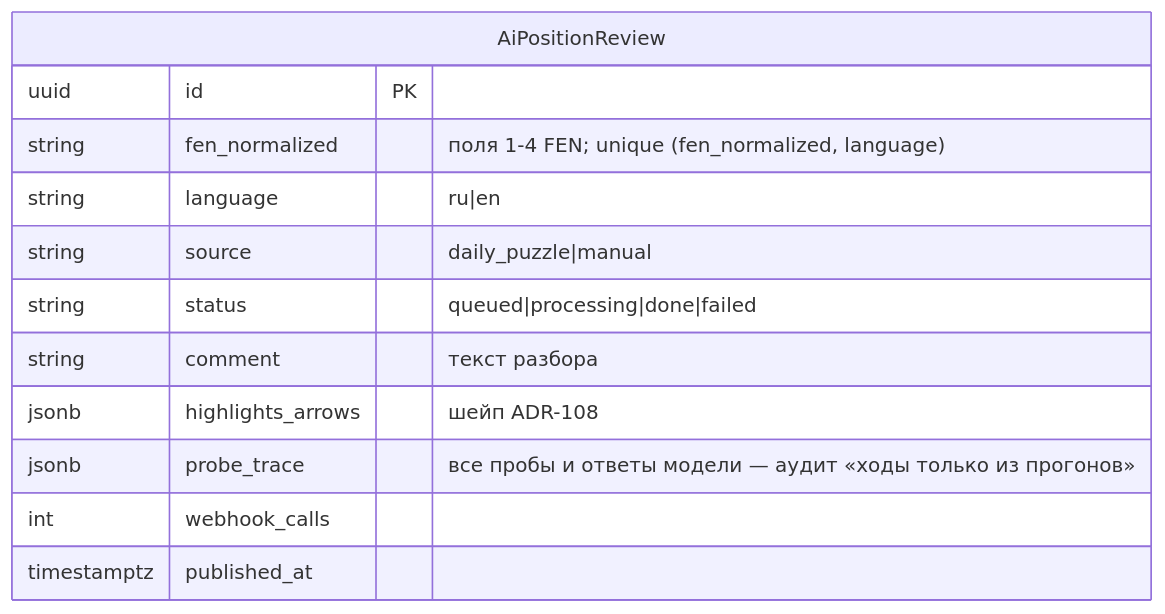
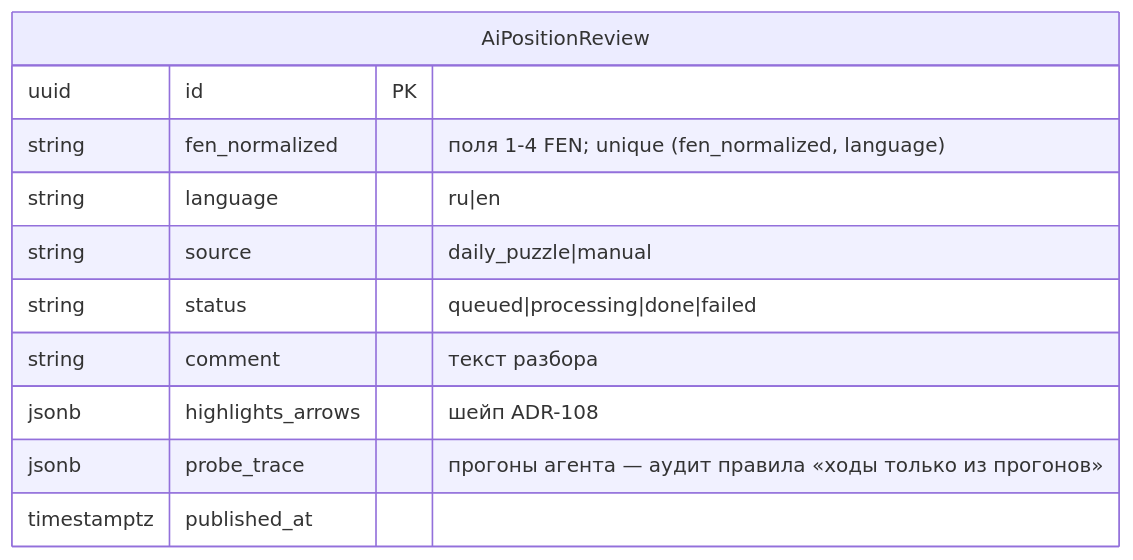
One commit to StasPiv/kingside changed the second of 2 diagrams in docs/adr/164-position-comment-with-variants-maia-sf.md. Above: the diagram before and after it, drawn with Mermaid. The commit also changed other lines of this file, not shown here.

Commit message:
KS-4941: ADR-164 rev4 — агентский webhook с движками у себя, один вызов; серверный цикл проб убран

````diff
--- a/docs/adr/164-position-comment-with-variants-maia-sf.md
+++ b/docs/adr/164-position-comment-with-variants-maia-sf.md
@@ -53,15 +49,14 @@
 ```mermaid
 erDiagram
     AiPositionReview {
         uuid id PK
         string fen_normalized "поля 1-4 FEN; unique (fen_normalized, language)"
         string language "ru|en"
         string source "daily_puzzle|manual"
         string status "queued|processing|done|failed"
         string comment "текст разбора"
         jsonb highlights_arrows "шейп ADR-108"
-        jsonb probe_trace "все пробы и ответы модели — аудит «ходы только из прогонов»"
-        int webhook_calls
+        jsonb probe_trace "прогоны агента — аудит правила «ходы только из прогонов»"
         timestamptz published_at
     }
 ```
````
